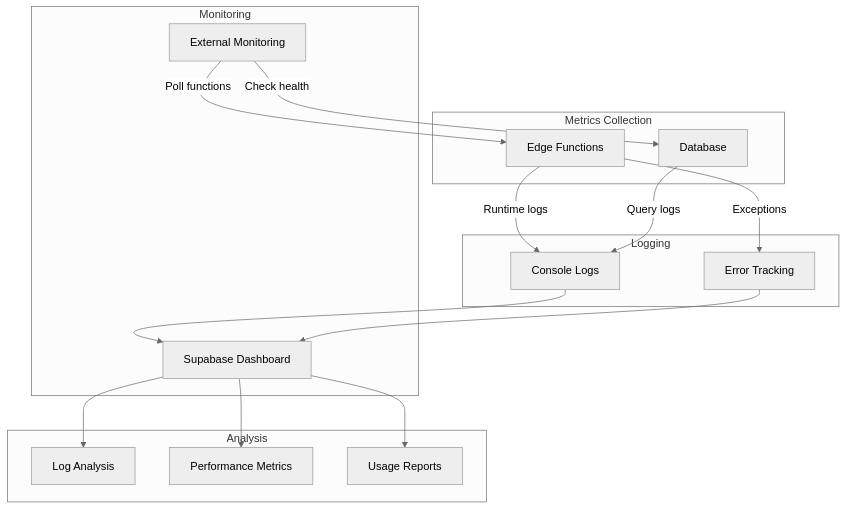
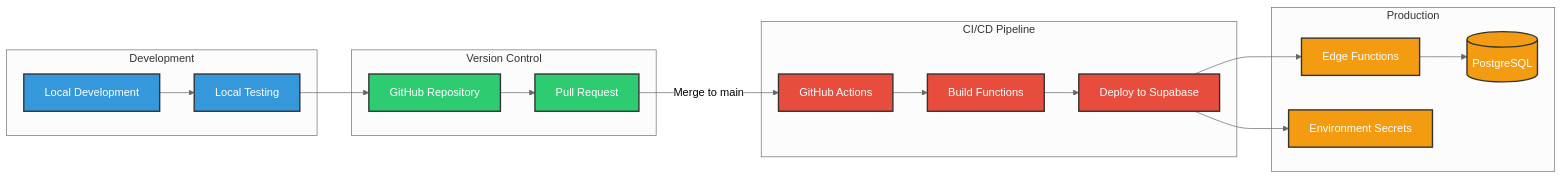
Before and after one commit to lumberjack-so/neto-export: the sixth of 13 diagrams in ARCHITECTURE_DIAGRAMS.md, drawn with Mermaid (neutral theme). The commit also changed other lines of this file and 3 other files, not shown here.

````diff
--- a/ARCHITECTURE_DIAGRAMS.md
+++ b/ARCHITECTURE_DIAGRAMS.md
@@ -289,37 +348,44 @@
 ```mermaid
-graph TB
-    subgraph "Metrics Collection"
-        EF[Edge Functions]
-        DB[Database]
+graph LR
+    subgraph "Development"
+        DEV[Local Development]
+        TEST[Local Testing]
     end
+
+    subgraph "Version Control"
+        GIT[GitHub Repository]
+        PR[Pull Request]
+    end
+
+    subgraph "CI/CD Pipeline"
+        GHA[GitHub Actions]
+        BUILD[Build Functions]
+        DEPLOY[Deploy to Supabase]
+    end
+
+    subgraph "Production"
+        EDGE[Edge Functions]
+        DB[(PostgreSQL)]
+        SECRETS[Environment Secrets]
+    end
+
+    DEV --> TEST
+    TEST --> GIT
+    GIT --> PR
+    PR --> |Merge to main| GHA
+    GHA --> BUILD
+    BUILD --> DEPLOY
+    DEPLOY --> EDGE
+    DEPLOY --> SECRETS
+    EDGE --> DB
+
+    classDef devClass fill:#3498db,stroke:#333,stroke-width:2px,color:#fff
+    classDef gitClass fill:#2ecc71,stroke:#333,stroke-width:2px,color:#fff
+    classDef ciClass fill:#e74c3c,stroke:#333,stroke-width:2px,color:#fff
+    classDef prodClass fill:#f39c12,stroke:#333,stroke-width:2px,color:#fff
     
-    subgraph "Logging"
-        CONSOLE[Console Logs]
-        ERRORS[Error Tracking]
-    end
-    
-    subgraph "Monitoring"
-        DASH[Supabase Dashboard]
-        ALERTS[External Monitoring]
-    end
-    
-    subgraph "Analysis"
-        LOGS[Log Analysis]
-        PERF[Performance Metrics]
-        USAGE[Usage Reports]
-    end
-    
-    EF -->|Runtime logs| CONSOLE
-    EF -->|Exceptions| ERRORS
-    DB -->|Query logs| CONSOLE
-    
-    CONSOLE --> DASH
-    ERRORS --> DASH
-    
-    DASH --> LOGS
-    DASH --> PERF
-    DASH --> USAGE
-    
-    ALERTS -->|Poll functions| EF
-    ALERTS -->|Check health| DB
+    class DEV,TEST devClass
+    class GIT,PR gitClass
+    class GHA,BUILD,DEPLOY ciClass
+    class EDGE,DB,SECRETS prodClass
 ```
````
